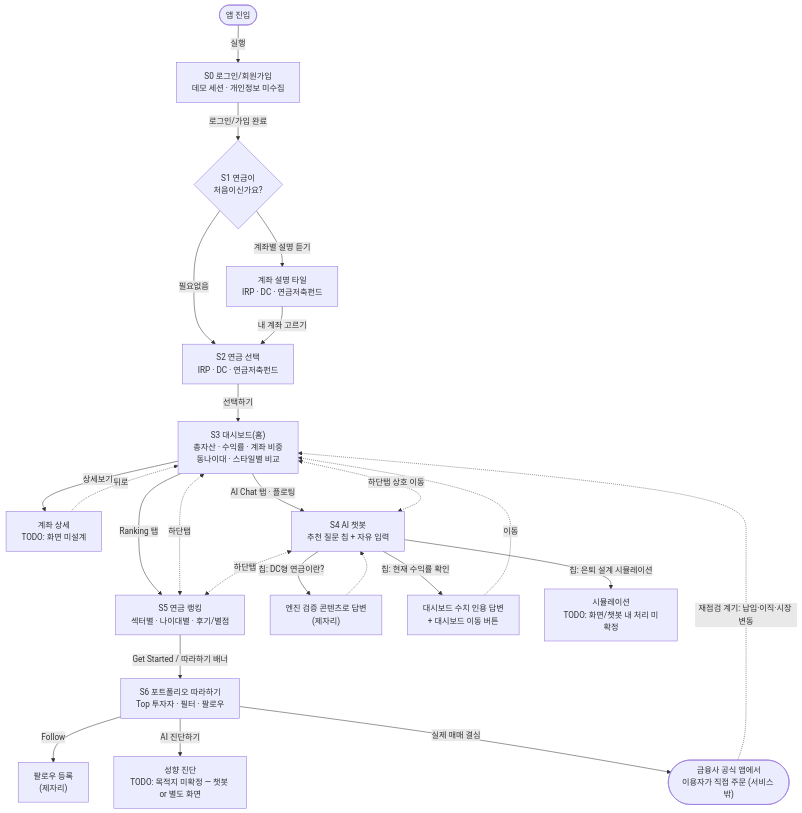
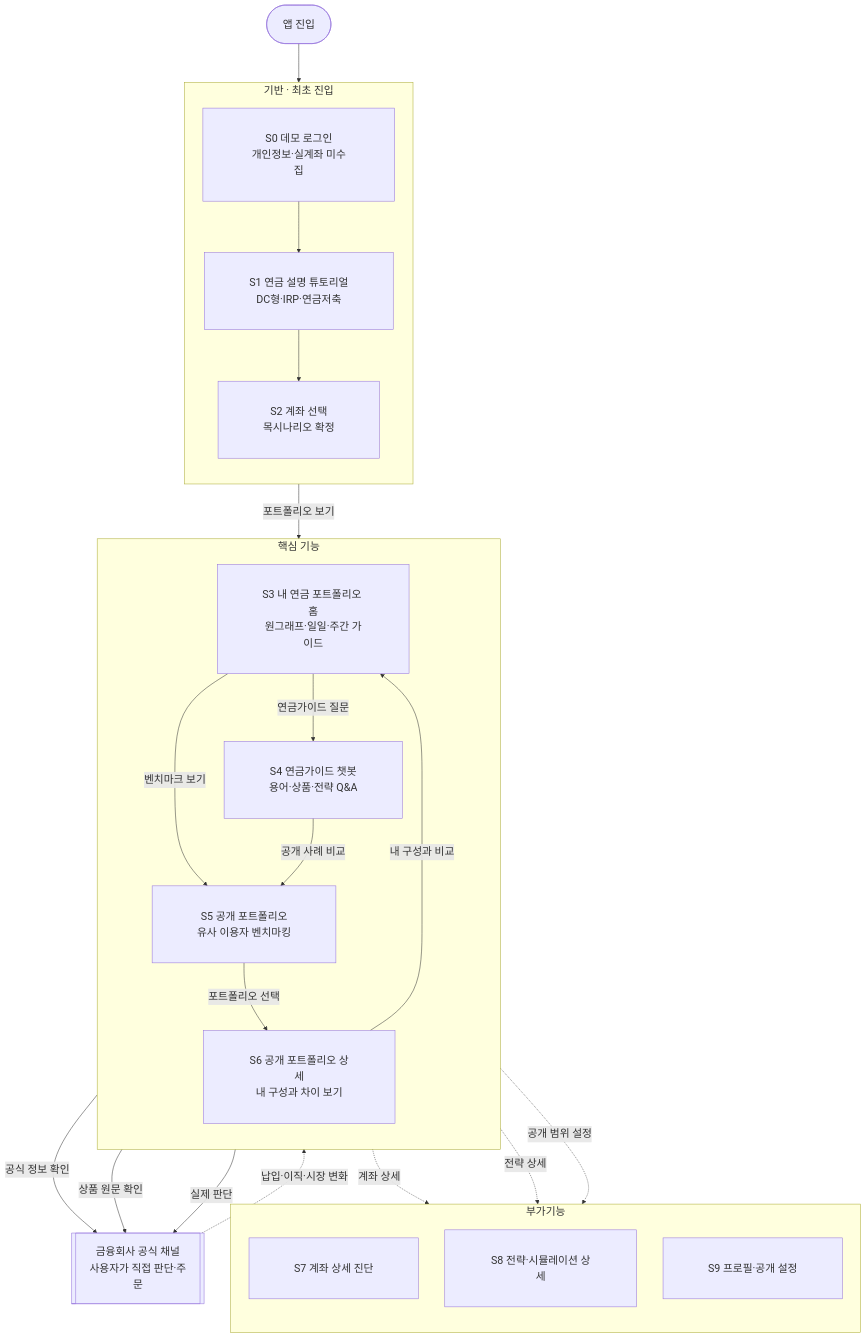
Before and after one commit to jyleo2k2/KDA-securities: the first of 3 diagrams in docs/10_기획/화면_유저플로우.md, drawn with Mermaid. The commit also changed other lines of this file and 3 other files, not shown here.

````diff
--- a/docs/10_기획/화면_유저플로우.md
+++ b/docs/10_기획/화면_유저플로우.md
@@ -23,41 +28,47 @@
 ```mermaid
+%%{init: { "themeVariables": { "fontSize": "21px" }, "flowchart": { "htmlLabels": true, "padding": 44, "nodeSpacing": 52, "rankSpacing": 76 } } }%%
 flowchart TB
-    Start([앱 진입]) -->|실행| S0["S0 로그인/회원가입<br/>데모 세션 · 개인정보 미수집"]
-    S0 -->|로그인/가입 완료| S1
+    START(["앱 진입"])
 
-    S1{"S1 연금이<br/>처음이신가요?"}
-    S1 -->|계좌별 설명 듣기| S1a["계좌 설명 타일<br/>IRP · DC · 연금저축펀드"]
-    S1 -->|필요없음| S2
-    S1a -->|내 계좌 고르기| S2
+    subgraph ENTRY["기반 · 최초 진입"]
+        direction TB
+        S0["S0 데모 로그인<br/>개인정보·실계좌 미수집"]
+        S1["S1 연금 설명 튜토리얼<br/>DC형·IRP·연금저축"]
+        S2["S2 계좌 선택<br/>목시나리오 확정"]
+        S0 --> S1 --> S2
+    end
 
-    S2["S2 연금 선택<br/>IRP · DC · 연금저축펀드"]
-    S2 -->|선택하기| S3
+    subgraph CORE["핵심 기능"]
+        direction TB
+        S3["S3 내 연금 포트폴리오 홈<br/>원그래프·일일·주간 가이드"]
+        S4["S4 연금가이드 챗봇<br/>용어·상품·전략 Q&A"]
+        S5["S5 공개 포트폴리오<br/>유사 이용자 벤치마킹"]
+        S6["S6 공개 포트폴리오 상세<br/>내 구성과 차이 보기"]
+        S5 -->|"포트폴리오 선택"| S6
+    end
 
-    S3["S3 대시보드(홈)<br/>총자산 · 수익률 · 계좌 비중<br/>동나이대 · 스타일별 비교"]
-    S3 -->|상세보기| S3a["계좌 상세<br/>TODO: 화면 미설계"]
-    S3a -.->|뒤로| S3
+    subgraph ADDON["부가기능"]
+        direction TB
+        S7["S7 계좌 상세 진단"]
+        S8["S8 전략·시뮬레이션 상세"]
+        S9["S9 프로필·공개 설정"]
+    end
 
-    S3 -->|AI Chat 탭 · 플로팅| S4
-    S3 -->|Ranking 탭| S5
+    EXT[["금융회사 공식 채널<br/>사용자가 직접 판단·주문"]]
 
-    S4["S4 AI 챗봇<br/>추천 질문 칩 + 자유 입력"]
-    S4 -->|"칩: DC형 연금이란?"| S4a["엔진 검증 콘텐츠로 답변<br/>(제자리)"]
-    S4 -->|"칩: 현재 수익률 확인"| S4b["대시보드 수치 인용 답변<br/>+ 대시보드 이동 버튼"]
-    S4 -->|"칩: 은퇴 설계 시뮬레이션"| S4c["시뮬레이션<br/>TODO: 화면/챗봇 내 처리 미확정"]
-    S4a -.-> S4
-    S4b -.->|이동| S3
+    START --> S0
+    S2 -->|"포트폴리오 보기"| S3
+    S3 -->|"연금가이드 질문"| S4
+    S3 -->|"벤치마크 보기"| S5
+    S4 -->|"공개 사례 비교"| S5
+    S6 -->|"내 구성과 비교"| S3
 
-    S5["S5 연금 랭킹<br/>섹터별 · 나이대별 · 후기/별점"]
-    S5 -->|"Get Started / 따라하기 배너"| S6
+    S3 -. "계좌 상세" .-> S7
+    S4 -. "전략 상세" .-> S8
+    S5 -. "공개 범위 설정" .-> S9
 
-    S6["S6 포트폴리오 따라하기<br/>Top 투자자 · 필터 · 팔로우"]
-    S6 -->|Follow| S6a["팔로우 등록<br/>(제자리)"]
-    S6 -->|AI 진단하기| S6b["성향 진단<br/>TODO: 목적지 미확정 — 챗봇 or 별도 화면"]
-
-    S3 <-.->|하단탭 상호 이동| S4
-    S3 <-.->|하단탭| S5
-    S4 <-.->|하단탭| S5
-
-    S6 -->|실제 매매 결심| Ext(["금융사 공식 앱에서<br/>이용자가 직접 주문 (서비스 밖)"])
-    Ext -.->|재점검 계기: 납입·이직·시장 변동| S3
+    S3 -->|"공식 정보 확인"| EXT
+    S4 -->|"상품 원문 확인"| EXT
+    S6 -->|"실제 판단"| EXT
+    EXT -. "납입·이직·시장 변화" .-> S3
 ```
````
